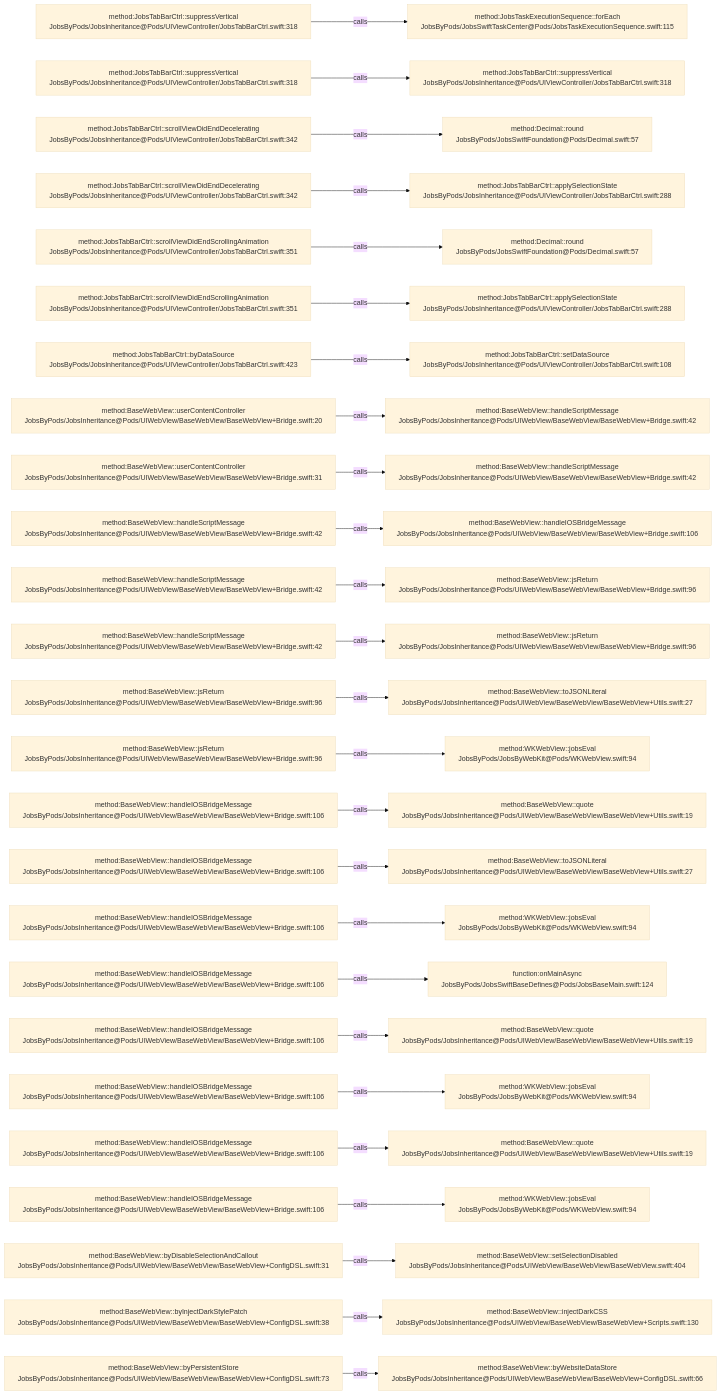
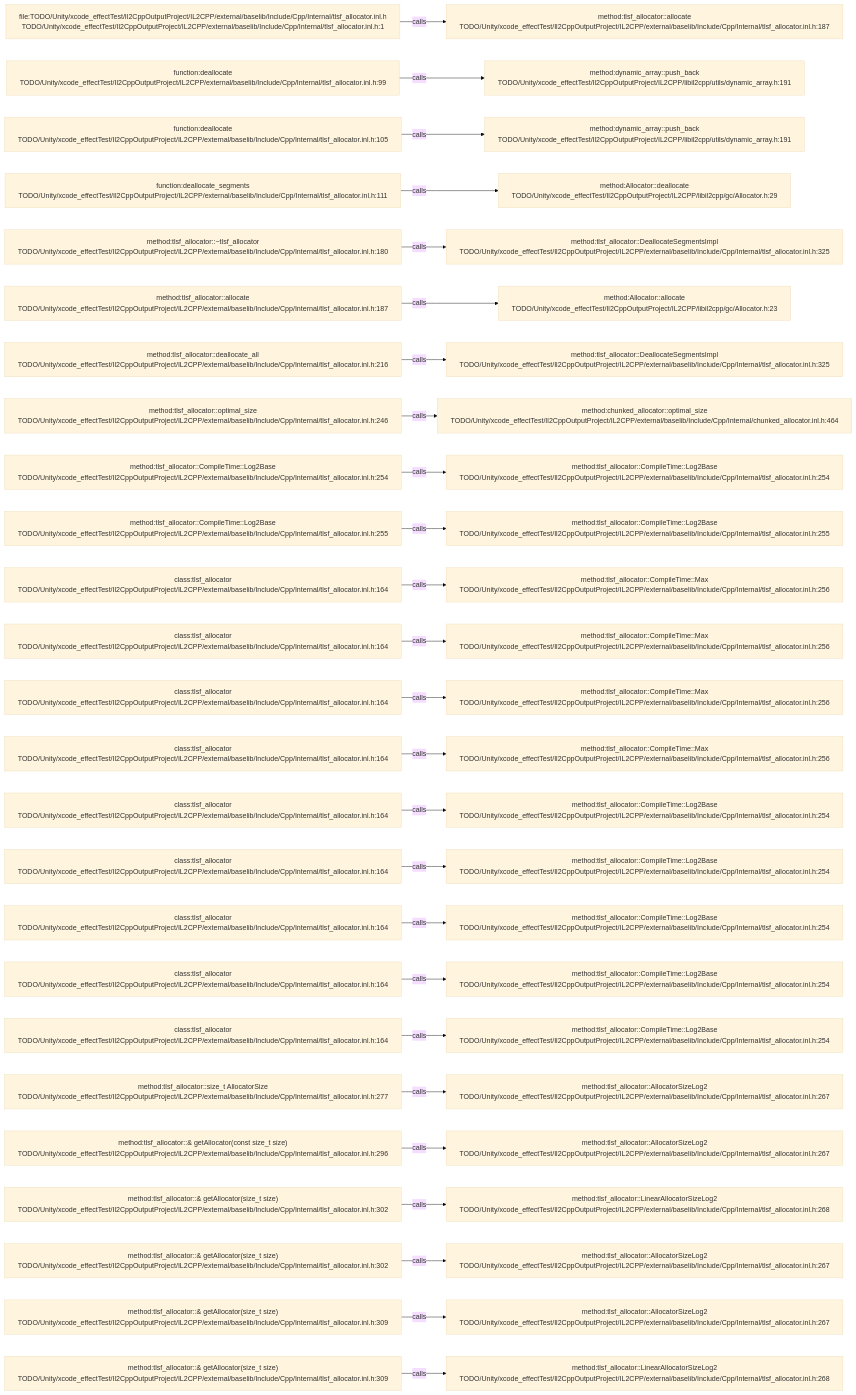
Before and after one commit to JobsKits/JobsSwiftBaseConfigDemo: the diagram in .codegraph/codegraph.md/graphs/calls-133.md, drawn with Mermaid (base theme). The commit also changed 569 other files, not shown here.

````diff
--- a/.codegraph/codegraph.md/graphs/calls-133.md
+++ b/.codegraph/codegraph.md/graphs/calls-133.md
@@ -13,78 +13,78 @@
 ```mermaid
 flowchart LR
-  S1["method:JobsTabBarCtrl::suppressVertical<br/>JobsByPods/JobsInheritance@Pods/UIViewController/JobsTabBarCtrl.swift:318"]
-  T1["method:JobsTaskExecutionSequence::forEach<br/>JobsByPods/JobsSwiftTaskCenter@Pods/JobsTaskExecutionSequence.swift:115"]
+  S1["file:TODO/Unity/xcode_effectTest/Il2CppOutputProject/IL2CPP/external/baselib/Include/Cpp/Internal/tlsf_allocator.inl.h<br/>TODO/Unity/xcode_effectTest/Il2CppOutputProject/IL2CPP/external/baselib/Include/Cpp/Internal/tlsf_allocator.inl.h:1"]
+  T1["method:tlsf_allocator::allocate<br/>TODO/Unity/xcode_effectTest/Il2CppOutputProject/IL2CPP/external/baselib/Include/Cpp/Internal/tlsf_allocator.inl.h:187"]
   S1 -->|calls| T1
-  S2["method:JobsTabBarCtrl::suppressVertical<br/>JobsByPods/JobsInheritance@Pods/UIViewController/JobsTabBarCtrl.swift:318"]
-  T2["method:JobsTabBarCtrl::suppressVertical<br/>JobsByPods/JobsInheritance@Pods/UIViewController/JobsTabBarCtrl.swift:318"]
+  S2["function:deallocate<br/>TODO/Unity/xcode_effectTest/Il2CppOutputProject/IL2CPP/external/baselib/Include/Cpp/Internal/tlsf_allocator.inl.h:99"]
+  T2["method:dynamic_array::push_back<br/>TODO/Unity/xcode_effectTest/Il2CppOutputProject/IL2CPP/libil2cpp/utils/dynamic_array.h:191"]
   S2 -->|calls| T2
-  S3["method:JobsTabBarCtrl::scrollViewDidEndDecelerating<br/>JobsByPods/JobsInheritance@Pods/UIViewController/JobsTabBarCtrl.swift:342"]
-  T3["method:Decimal::round<br/>JobsByPods/JobsSwiftFoundation@Pods/Decimal.swift:57"]
+  S3["function:deallocate<br/>TODO/Unity/xcode_effectTest/Il2CppOutputProject/IL2CPP/external/baselib/Include/Cpp/Internal/tlsf_allocator.inl.h:105"]
+  T3["method:dynamic_array::push_back<br/>TODO/Unity/xcode_effectTest/Il2CppOutputProject/IL2CPP/libil2cpp/utils/dynamic_array.h:191"]
   S3 -->|calls| T3
-  S4["method:JobsTabBarCtrl::scrollViewDidEndDecelerating<br/>JobsByPods/JobsInheritance@Pods/UIViewController/JobsTabBarCtrl.swift:342"]
-  T4["method:JobsTabBarCtrl::applySelectionState<br/>JobsByPods/JobsInheritance@Pods/UIViewController/JobsTabBarCtrl.swift:288"]
+  S4["function:deallocate_segments<br/>TODO/Unity/xcode_effectTest/Il2CppOutputProject/IL2CPP/external/baselib/Include/Cpp/Internal/tlsf_allocator.inl.h:111"]
+  T4["method:Allocator::deallocate<br/>TODO/Unity/xcode_effectTest/Il2CppOutputProject/IL2CPP/libil2cpp/gc/Allocator.h:29"]
   S4 -->|calls| T4
-  S5["method:JobsTabBarCtrl::scrollViewDidEndScrollingAnimation<br/>JobsByPods/JobsInheritance@Pods/UIViewController/JobsTabBarCtrl.swift:351"]
-  T5["method:Decimal::round<br/>JobsByPods/JobsSwiftFoundation@Pods/Decimal.swift:57"]
+  S5["method:tlsf_allocator::~tlsf_allocator<br/>TODO/Unity/xcode_effectTest/Il2CppOutputProject/IL2CPP/external/baselib/Include/Cpp/Internal/tlsf_allocator.inl.h:180"]
+  T5["method:tlsf_allocator::DeallocateSegmentsImpl<br/>TODO/Unity/xcode_effectTest/Il2CppOutputProject/IL2CPP/external/baselib/Include/Cpp/Internal/tlsf_allocator.inl.h:325"]
   S5 -->|calls| T5
-  S6["method:JobsTabBarCtrl::scrollViewDidEndScrollingAnimation<br/>JobsByPods/JobsInheritance@Pods/UIViewController/JobsTabBarCtrl.swift:351"]
-  T6["method:JobsTabBarCtrl::applySelectionState<br/>JobsByPods/JobsInheritance@Pods/UIViewController/JobsTabBarCtrl.swift:288"]
+  S6["method:tlsf_allocator::allocate<br/>TODO/Unity/xcode_effectTest/Il2CppOutputProject/IL2CPP/external/baselib/Include/Cpp/Internal/tlsf_allocator.inl.h:187"]
+  T6["method:Allocator::allocate<br/>TODO/Unity/xcode_effectTest/Il2CppOutputProject/IL2CPP/libil2cpp/gc/Allocator.h:23"]
   S6 -->|calls| T6
-  S7["method:JobsTabBarCtrl::byDataSource<br/>JobsByPods/JobsInheritance@Pods/UIViewController/JobsTabBarCtrl.swift:423"]
-  T7["method:JobsTabBarCtrl::setDataSource<br/>JobsByPods/JobsInheritance@Pods/UIViewController/JobsTabBarCtrl.swift:108"]
+  S7["method:tlsf_allocator::deallocate_all<br/>TODO/Unity/xcode_effectTest/Il2CppOutputProject/IL2CPP/external/baselib/Include/Cpp/Internal/tlsf_allocator.inl.h:216"]
+  T7["method:tlsf_allocator::DeallocateSegmentsImpl<br/>TODO/Unity/xcode_effectTest/Il2CppOutputProject/IL2CPP/external/baselib/Include/Cpp/Internal/tlsf_allocator.inl.h:325"]
   S7 -->|calls| T7
-  S8["method:BaseWebView::userContentController<br/>JobsByPods/JobsInheritance@Pods/UIWebView/BaseWebView/BaseWebView+Bridge.swift:20"]
-  T8["method:BaseWebView::handleScriptMessage<br/>JobsByPods/JobsInheritance@Pods/UIWebView/BaseWebView/BaseWebView+Bridge.swift:42"]
+  S8["method:tlsf_allocator::optimal_size<br/>TODO/Unity/xcode_effectTest/Il2CppOutputProject/IL2CPP/external/baselib/Include/Cpp/Internal/tlsf_allocator.inl.h:246"]
+  T8["method:chunked_allocator::optimal_size<br/>TODO/Unity/xcode_effectTest/Il2CppOutputProject/IL2CPP/external/baselib/Include/Cpp/Internal/chunked_allocator.inl.h:464"]
   S8 -->|calls| T8
-  S9["method:BaseWebView::userContentController<br/>JobsByPods/JobsInheritance@Pods/UIWebView/BaseWebView/BaseWebView+Bridge.swift:31"]
-  T9["method:BaseWebView::handleScriptMessage<br/>JobsByPods/JobsInheritance@Pods/UIWebView/BaseWebView/BaseWebView+Bridge.swift:42"]
+  S9["method:tlsf_allocator::CompileTime::Log2Base<br/>TODO/Unity/xcode_effectTest/Il2CppOutputProject/IL2CPP/external/baselib/Include/Cpp/Internal/tlsf_allocator.inl.h:254"]
+  T9["method:tlsf_allocator::CompileTime::Log2Base<br/>TODO/Unity/xcode_effectTest/Il2CppOutputProject/IL2CPP/external/baselib/Include/Cpp/Internal/tlsf_allocator.inl.h:254"]
   S9 -->|calls| T9
-  S10["method:BaseWebView::handleScriptMessage<br/>JobsByPods/JobsInheritance@Pods/UIWebView/BaseWebView/BaseWebView+Bridge.swift:42"]
-  T10["method:BaseWebView::handleIOSBridgeMessage<br/>JobsByPods/JobsInheritance@Pods/UIWebView/BaseWebView/BaseWebView+Bridge.swift:106"]
+  S10["method:tlsf_allocator::CompileTime::Log2Base<br/>TODO/Unity/xcode_effectTest/Il2CppOutputProject/IL2CPP/external/baselib/Include/Cpp/Internal/tlsf_allocator.inl.h:255"]
+  T10["method:tlsf_allocator::CompileTime::Log2Base<br/>TODO/Unity/xcode_effectTest/Il2CppOutputProject/IL2CPP/external/baselib/Include/Cpp/Internal/tlsf_allocator.inl.h:255"]
   S10 -->|calls| T10
-  S11["method:BaseWebView::handleScriptMessage<br/>JobsByPods/JobsInheritance@Pods/UIWebView/BaseWebView/BaseWebView+Bridge.swift:42"]
-  T11["method:BaseWebView::jsReturn<br/>JobsByPods/JobsInheritance@Pods/UIWebView/BaseWebView/BaseWebView+Bridge.swift:96"]
+  S11["class:tlsf_allocator<br/>TODO/Unity/xcode_effectTest/Il2CppOutputProject/IL2CPP/external/baselib/Include/Cpp/Internal/tlsf_allocator.inl.h:164"]
+  T11["method:tlsf_allocator::CompileTime::Max<br/>TODO/Unity/xcode_effectTest/Il2CppOutputProject/IL2CPP/external/baselib/Include/Cpp/Internal/tlsf_allocator.inl.h:256"]
   S11 -->|calls| T11
-  S12["method:BaseWebView::handleScriptMessage<br/>JobsByPods/JobsInheritance@Pods/UIWebView/BaseWebView/BaseWebView+Bridge.swift:42"]
-  T12["method:BaseWebView::jsReturn<br/>JobsByPods/JobsInheritance@Pods/UIWebView/BaseWebView/BaseWebView+Bridge.swift:96"]
+  S12["class:tlsf_allocator<br/>TODO/Unity/xcode_effectTest/Il2CppOutputProject/IL2CPP/external/baselib/Include/Cpp/Internal/tlsf_allocator.inl.h:164"]
+  T12["method:tlsf_allocator::CompileTime::Max<br/>TODO/Unity/xcode_effectTest/Il2CppOutputProject/IL2CPP/external/baselib/Include/Cpp/Internal/tlsf_allocator.inl.h:256"]
   S12 -->|calls| T12
-  S13["method:BaseWebView::jsReturn<br/>JobsByPods/JobsInheritance@Pods/UIWebView/BaseWebView/BaseWebView+Bridge.swift:96"]
-  T13["method:BaseWebView::toJSONLiteral<br/>JobsByPods/JobsInheritance@Pods/UIWebView/BaseWebView/BaseWebView+Utils.swift:27"]
+  S13["class:tlsf_allocator<br/>TODO/Unity/xcode_effectTest/Il2CppOutputProject/IL2CPP/external/baselib/Include/Cpp/Internal/tlsf_allocator.inl.h:164"]
+  T13["method:tlsf_allocator::CompileTime::Max<br/>TODO/Unity/xcode_effectTest/Il2CppOutputProject/IL2CPP/external/baselib/Include/Cpp/Internal/tlsf_allocator.inl.h:256"]
   S13 -->|calls| T13
-  S14["method:BaseWebView::jsReturn<br/>JobsByPods/JobsInheritance@Pods/UIWebView/BaseWebView/BaseWebView+Bridge.swift:96"]
-  T14["method:WKWebView::jobsEval<br/>JobsByPods/JobsByWebKit@Pods/WKWebView.swift:94"]
+  S14["class:tlsf_allocator<br/>TODO/Unity/xcode_effectTest/Il2CppOutputProject/IL2CPP/external/baselib/Include/Cpp/Internal/tlsf_allocator.inl.h:164"]
+  T14["method:tlsf_allocator::CompileTime::Max<br/>TODO/Unity/xcode_effectTest/Il2CppOutputProject/IL2CPP/external/baselib/Include/Cpp/Internal/tlsf_allocator.inl.h:256"]
   S14 -->|calls| T14
-  S15["method:BaseWebView::handleIOSBridgeMessage<br/>JobsByPods/JobsInheritance@Pods/UIWebView/BaseWebView/BaseWebView+Bridge.swift:106"]
-  T15["method:BaseWebView::quote<br/>JobsByPods/JobsInheritance@Pods/UIWebView/BaseWebView/BaseWebView+Utils.swift:19"]
+  S15["class:tlsf_allocator<br/>TODO/Unity/xcode_effectTest/Il2CppOutputProject/IL2CPP/external/baselib/Include/Cpp/Internal/tlsf_allocator.inl.h:164"]
+  T15["method:tlsf_allocator::CompileTime::Log2Base<br/>TODO/Unity/xcode_effectTest/Il2CppOutputProject/IL2CPP/external/baselib/Include/Cpp/Internal/tlsf_allocator.inl.h:254"]
   S15 -->|calls| T15
-  S16["method:BaseWebView::handleIOSBridgeMessage<br/>JobsByPods/JobsInheritance@Pods/UIWebView/BaseWebView/BaseWebView+Bridge.swift:106"]
-  T16["method:BaseWebView::toJSONLiteral<br/>JobsByPods/JobsInheritance@Pods/UIWebView/BaseWebView/BaseWebView+Utils.swift:27"]
+  S16["class:tlsf_allocator<br/>TODO/Unity/xcode_effectTest/Il2CppOutputProject/IL2CPP/external/baselib/Include/Cpp/Internal/tlsf_allocator.inl.h:164"]
+  T16["method:tlsf_allocator::CompileTime::Log2Base<br/>TODO/Unity/xcode_effectTest/Il2CppOutputProject/IL2CPP/external/baselib/Include/Cpp/Internal/tlsf_allocator.inl.h:254"]
   S16 -->|calls| T16
-  S17["method:BaseWebView::handleIOSBridgeMessage<br/>JobsByPods/JobsInheritance@Pods/UIWebView/BaseWebView/BaseWebView+Bridge.swift:106"]
-  T17["method:WKWebView::jobsEval<br/>JobsByPods/JobsByWebKit@Pods/WKWebView.swift:94"]
+  S17["class:tlsf_allocator<br/>TODO/Unity/xcode_effectTest/Il2CppOutputProject/IL2CPP/external/baselib/Include/Cpp/Internal/tlsf_allocator.inl.h:164"]
+  T17["method:tlsf_allocator::CompileTime::Log2Base<br/>TODO/Unity/xcode_effectTest/Il2CppOutputProject/IL2CPP/external/baselib/Include/Cpp/Internal/tlsf_allocator.inl.h:254"]
   S17 -->|calls| T17
-  S18["method:BaseWebView::handleIOSBridgeMessage<br/>JobsByPods/JobsInheritance@Pods/UIWebView/BaseWebView/BaseWebView+Bridge.swift:106"]
-  T18["function:onMainAsync<br/>JobsByPods/JobsSwiftBaseDefines@Pods/JobsBaseMain.swift:124"]
+  S18["class:tlsf_allocator<br/>TODO/Unity/xcode_effectTest/Il2CppOutputProject/IL2CPP/external/baselib/Include/Cpp/Internal/tlsf_allocator.inl.h:164"]
+  T18["method:tlsf_allocator::CompileTime::Log2Base<br/>TODO/Unity/xcode_effectTest/Il2CppOutputProject/IL2CPP/external/baselib/Include/Cpp/Internal/tlsf_allocator.inl.h:254"]
   S18 -->|calls| T18
-  S19["method:BaseWebView::handleIOSBridgeMessage<br/>JobsByPods/JobsInheritance@Pods/UIWebView/BaseWebView/BaseWebView+Bridge.swift:106"]
-  T19["method:BaseWebView::quote<br/>JobsByPods/JobsInheritance@Pods/UIWebView/BaseWebView/BaseWebView+Utils.swift:19"]
+  S19["class:tlsf_allocator<br/>TODO/Unity/xcode_effectTest/Il2CppOutputProject/IL2CPP/external/baselib/Include/Cpp/Internal/tlsf_allocator.inl.h:164"]
+  T19["method:tlsf_allocator::CompileTime::Log2Base<br/>TODO/Unity/xcode_effectTest/Il2CppOutputProject/IL2CPP/external/baselib/Include/Cpp/Internal/tlsf_allocator.inl.h:254"]
   S19 -->|calls| T19
-  S20["method:BaseWebView::handleIOSBridgeMessage<br/>JobsByPods/JobsInheritance@Pods/UIWebView/BaseWebView/BaseWebView+Bridge.swift:106"]
-  T20["method:WKWebView::jobsEval<br/>JobsByPods/JobsByWebKit@Pods/WKWebView.swift:94"]
+  S20["method:tlsf_allocator::size_t AllocatorSize<br/>TODO/Unity/xcode_effectTest/Il2CppOutputProject/IL2CPP/external/baselib/Include/Cpp/Internal/tlsf_allocator.inl.h:277"]
+  T20["method:tlsf_allocator::AllocatorSizeLog2<br/>TODO/Unity/xcode_effectTest/Il2CppOutputProject/IL2CPP/external/baselib/Include/Cpp/Internal/tlsf_allocator.inl.h:267"]
   S20 -->|calls| T20
-  S21["method:BaseWebView::handleIOSBridgeMessage<br/>JobsByPods/JobsInheritance@Pods/UIWebView/BaseWebView/BaseWebView+Bridge.swift:106"]
-  T21["method:BaseWebView::quote<br/>JobsByPods/JobsInheritance@Pods/UIWebView/BaseWebView/BaseWebView+Utils.swift:19"]
+  S21["method:tlsf_allocator::& getAllocator(const size_t size)<br/>TODO/Unity/xcode_effectTest/Il2CppOutputProject/IL2CPP/external/baselib/Include/Cpp/Internal/tlsf_allocator.inl.h:296"]
+  T21["method:tlsf_allocator::AllocatorSizeLog2<br/>TODO/Unity/xcode_effectTest/Il2CppOutputProject/IL2CPP/external/baselib/Include/Cpp/Internal/tlsf_allocator.inl.h:267"]
   S21 -->|calls| T21
-  S22["method:BaseWebView::handleIOSBridgeMessage<br/>JobsByPods/JobsInheritance@Pods/UIWebView/BaseWebView/BaseWebView+Bridge.swift:106"]
-  T22["method:WKWebView::jobsEval<br/>JobsByPods/JobsByWebKit@Pods/WKWebView.swift:94"]
+  S22["method:tlsf_allocator::& getAllocator(size_t size)<br/>TODO/Unity/xcode_effectTest/Il2CppOutputProject/IL2CPP/external/baselib/Include/Cpp/Internal/tlsf_allocator.inl.h:302"]
+  T22["method:tlsf_allocator::LinearAllocatorSizeLog2<br/>TODO/Unity/xcode_effectTest/Il2CppOutputProject/IL2CPP/external/baselib/Include/Cpp/Internal/tlsf_allocator.inl.h:268"]
   S22 -->|calls| T22
-  S23["method:BaseWebView::byDisableSelectionAndCallout<br/>JobsByPods/JobsInheritance@Pods/UIWebView/BaseWebView/BaseWebView+ConfigDSL.swift:31"]
-  T23["method:BaseWebView::setSelectionDisabled<br/>JobsByPods/JobsInheritance@Pods/UIWebView/BaseWebView/BaseWebView.swift:404"]
+  S23["method:tlsf_allocator::& getAllocator(size_t size)<br/>TODO/Unity/xcode_effectTest/Il2CppOutputProject/IL2CPP/external/baselib/Include/Cpp/Internal/tlsf_allocator.inl.h:302"]
+  T23["method:tlsf_allocator::AllocatorSizeLog2<br/>TODO/Unity/xcode_effectTest/Il2CppOutputProject/IL2CPP/external/baselib/Include/Cpp/Internal/tlsf_allocator.inl.h:267"]
   S23 -->|calls| T23
-  S24["method:BaseWebView::byInjectDarkStylePatch<br/>JobsByPods/JobsInheritance@Pods/UIWebView/BaseWebView/BaseWebView+ConfigDSL.swift:38"]
-  T24["method:BaseWebView::injectDarkCSS<br/>JobsByPods/JobsInheritance@Pods/UIWebView/BaseWebView/BaseWebView+Scripts.swift:130"]
+  S24["method:tlsf_allocator::& getAllocator(size_t size)<br/>TODO/Unity/xcode_effectTest/Il2CppOutputProject/IL2CPP/external/baselib/Include/Cpp/Internal/tlsf_allocator.inl.h:309"]
+  T24["method:tlsf_allocator::AllocatorSizeLog2<br/>TODO/Unity/xcode_effectTest/Il2CppOutputProject/IL2CPP/external/baselib/Include/Cpp/Internal/tlsf_allocator.inl.h:267"]
   S24 -->|calls| T24
-  S25["method:BaseWebView::byPersistentStore<br/>JobsByPods/JobsInheritance@Pods/UIWebView/BaseWebView/BaseWebView+ConfigDSL.swift:73"]
-  T25["method:BaseWebView::byWebsiteDataStore<br/>JobsByPods/JobsInheritance@Pods/UIWebView/BaseWebView/BaseWebView+ConfigDSL.swift:66"]
+  S25["method:tlsf_allocator::& getAllocator(size_t size)<br/>TODO/Unity/xcode_effectTest/Il2CppOutputProject/IL2CPP/external/baselib/Include/Cpp/Internal/tlsf_allocator.inl.h:309"]
+  T25["method:tlsf_allocator::LinearAllocatorSizeLog2<br/>TODO/Unity/xcode_effectTest/Il2CppOutputProject/IL2CPP/external/baselib/Include/Cpp/Internal/tlsf_allocator.inl.h:268"]
   S25 -->|calls| T25
 ```
````
